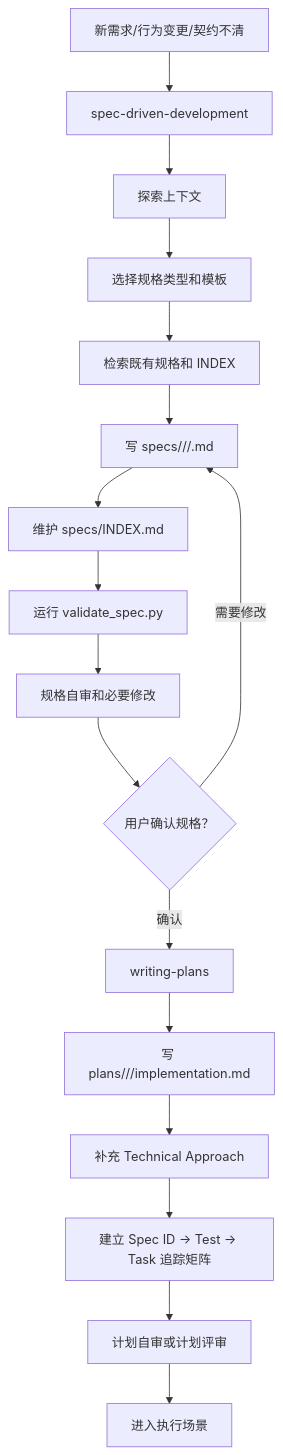
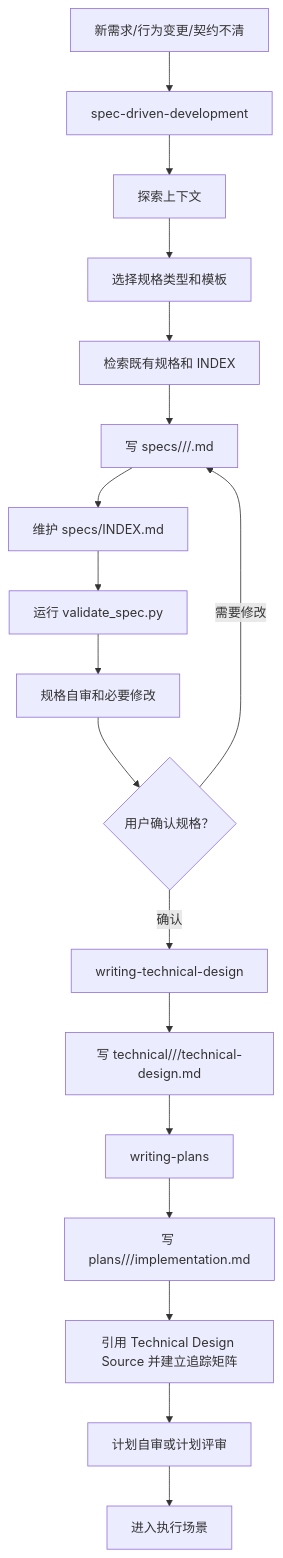
Before and after one commit to Vincen-dev/coding-plugins: the third of 11 diagrams in docs/workflow-chain.md, drawn with Mermaid. The commit also changed other lines of this file and 18 other files, not shown here.

````diff
--- a/docs/workflow-chain.md
+++ b/docs/workflow-chain.md
@@ -171,19 +177,20 @@
 ```mermaid
 flowchart TD
   A["新需求/行为变更/契约不清"] --> B["spec-driven-development"]
   B --> C["探索上下文"]
   C --> D["选择规格类型和模板"]
   D --> E["检索既有规格和 INDEX"]
   E --> F["写 specs/<area>/<capability>/<spec-kind>.md"]
   F --> G["维护 specs/INDEX.md"]
   G --> H["运行 validate_spec.py"]
   H --> I["规格自审和必要修改"]
   I --> J{"用户确认规格？"}
   J -->|需要修改| F
-  J -->|确认| K["writing-plans"]
-  K --> L["写 plans/<area>/<capability>/implementation.md"]
-  L --> M["补充 Technical Approach"]
-  M --> N["建立 Spec ID -> Test -> Task 追踪矩阵"]
+  J -->|确认| TD["writing-technical-design"]
+  TD --> K["写 technical/<area>/<capability>/technical-design.md"]
+  K --> L["writing-plans"]
+  L --> M["写 plans/<area>/<capability>/implementation.md"]
+  M --> N["引用 Technical Design Source 并建立追踪矩阵"]
   N --> O["计划自审或计划评审"]
   O --> P["进入执行场景"]
 ```
````
